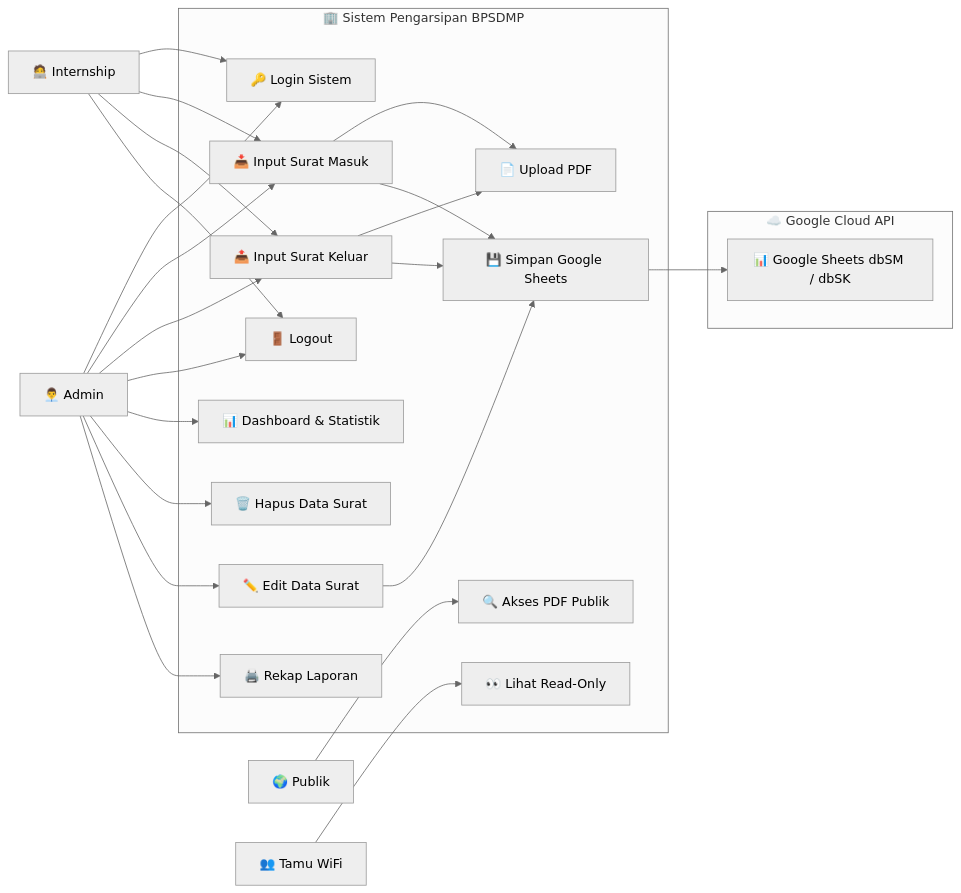
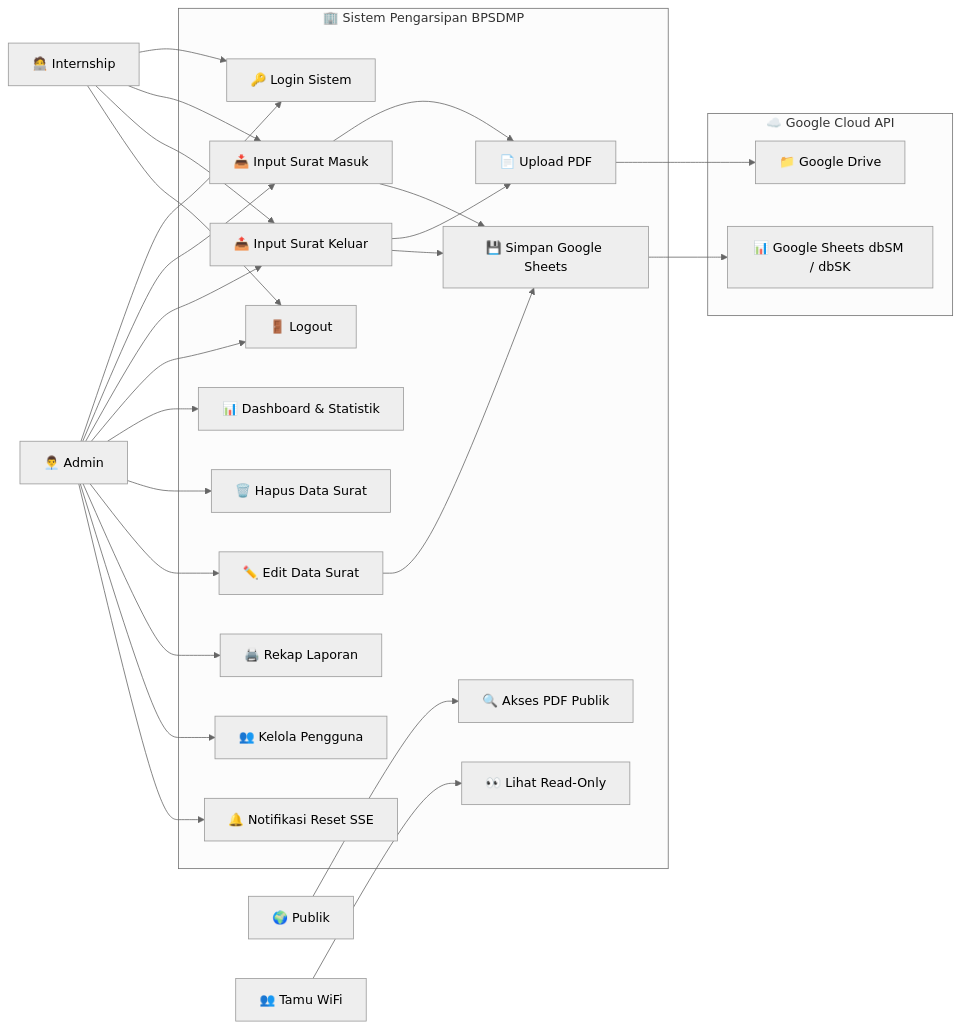
Before and after one commit to Rpl087/PROJECT-MAGANG: the first of 3 diagrams in README.md, drawn with Mermaid (neutral theme). The commit also changed other lines of this file, not shown here.

````diff
--- a/README.md
+++ b/README.md
@@ -57,50 +128,56 @@
 ```mermaid
 flowchart LR
     Admin["👨‍💼 Admin"]
     Internship["🧑‍💻 Internship"]
     Public["🌍 Publik"]
     Tamu["👥 Tamu WiFi"]
 
     subgraph System ["🏢 Sistem Pengarsipan BPSDMP"]
         UC1["🔑 Login Sistem"]
         UC2["📥 Input Surat Masuk"]
         UC3["📤 Input Surat Keluar"]
         UC4["📄 Upload PDF"]
         UC5["💾 Simpan Google Sheets"]
         UC6["🚪 Logout"]
         UC7["📊 Dashboard & Statistik"]
         UC8["🔍 Akses PDF Publik"]
         UC9["🗑️ Hapus Data Surat"]
         UC10["👀 Lihat Read-Only"]
         UC11["✏️ Edit Data Surat"]
         UC12["🖨️ Rekap Laporan"]
+        UC13["👥 Kelola Pengguna"]
+        UC14["🔔 Notifikasi Reset SSE"]
     end
 
     subgraph Cloud ["☁️ Google Cloud API"]
         GS["📊 Google Sheets dbSM / dbSK"]
+        GD["📁 Google Drive"]
     end
 
     Admin --> UC1
     Admin --> UC2
     Admin --> UC3
     Admin --> UC6
     Admin --> UC7
     Admin --> UC9
     Admin --> UC11
     Admin --> UC12
+    Admin --> UC13
+    Admin --> UC14
 
     Internship --> UC1
     Internship --> UC2
     Internship --> UC3
     Internship --> UC6
 
     Public --> UC8
     Tamu --> UC10
 
     UC2 --> UC4
     UC3 --> UC4
     UC2 --> UC5
     UC3 --> UC5
     UC11 --> UC5
     UC5 --> GS
+    UC4 --> GD
 ```
````
